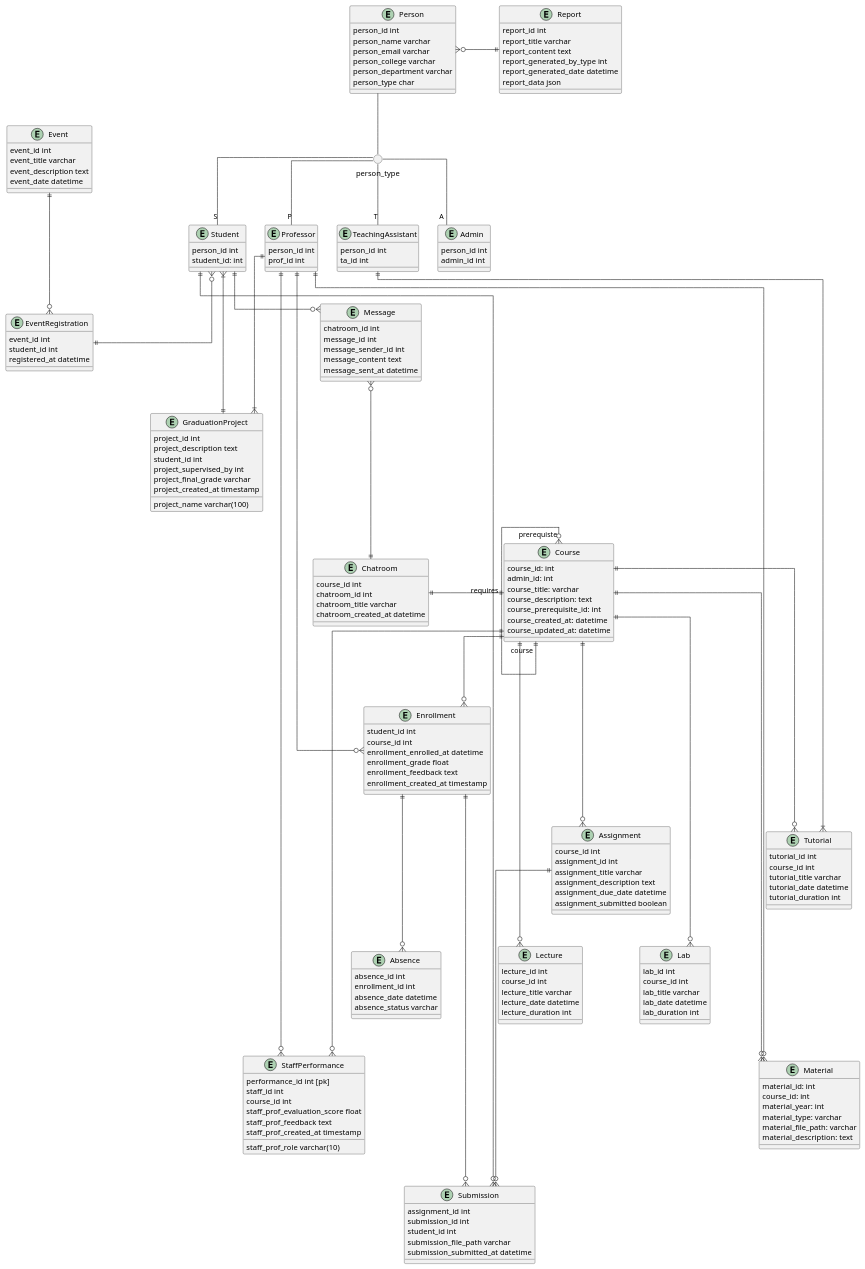
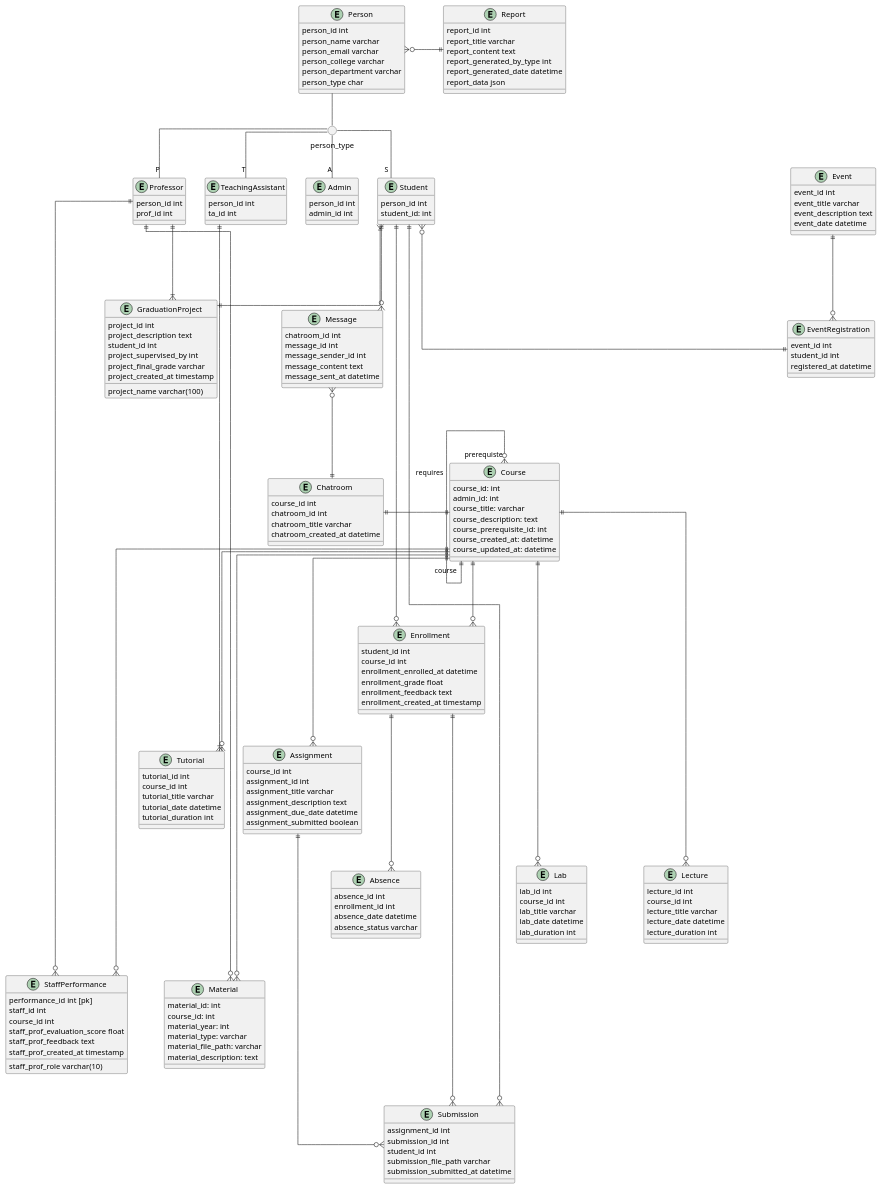
Before and after one commit to Ema-Saad/Graduation-Project-360Campus-: the diagram in docs/diagrams/erd.pu, drawn with PlantUML. The commit also changed 1 other file, not shown here.

Commit message:
docs: more fixes for the ERD

```diff
--- a/docs/diagrams/erd.pu
+++ b/docs/diagrams/erd.pu
@@ -212,12 +212,12 @@
 Professor -[hidden]> TeachingAssistant
 TeachingAssistant -[hidden]> Admin
 
-Student }o--|| EventRegistration
-Student ||--o{ Submission
-Student ||--o{ Message
-Student }|--|| GraduationProject
+Student }o---|| EventRegistration
+Student ||---o{ Submission
+Student ||---o{ Message
+Student }|---|| GraduationProject
+Student ||---o{ Enrollment
 Professor ||---|{ GraduationProject
-Professor ||---o{ Enrollment
 Professor ||---o{ StaffPerformance
 Professor ||---o{ Material
 Course "prerequiste" }o----|| "course" Course: requires
```
